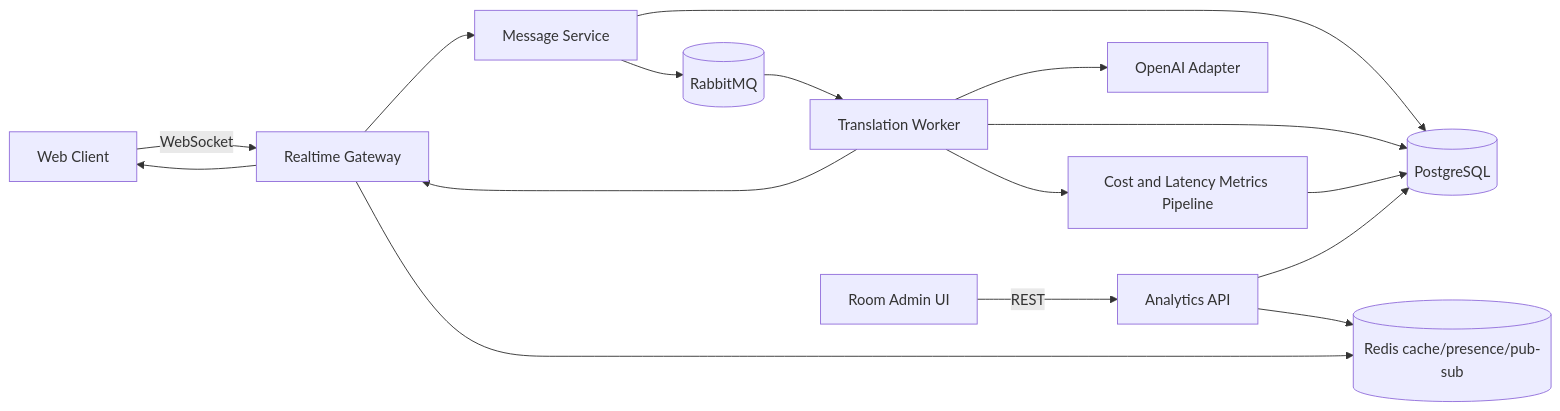
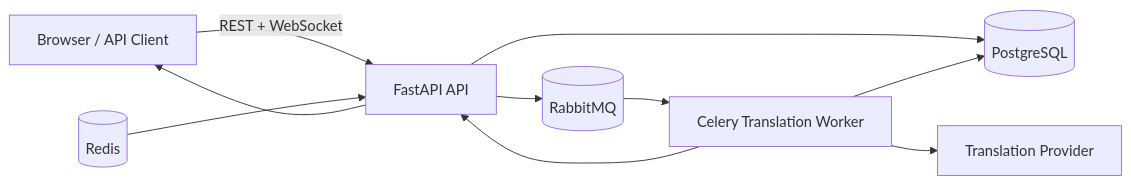
Before and after one commit to dohtem81/prism: the diagram in docs/architecture-overview.md, drawn with Mermaid. The commit also changed other lines of this file and 10 other files, not shown here.

Commit message:
feat: implement room message retrieval with translation support and cursor-based pagination

````diff
--- a/docs/architecture-overview.md
+++ b/docs/architecture-overview.md
@@ -13,18 +13,12 @@
 ```mermaid
 flowchart LR
-  Client[Web Client] -->|WebSocket| Gateway[Realtime Gateway]
-  AdminUI[Room Admin UI] -->|REST| AnalyticsAPI[Analytics API]
-  Gateway --> MessageService[Message Service]
-  MessageService --> Postgres[(PostgreSQL)]
-  MessageService --> RabbitMQ[(RabbitMQ)]
-  RabbitMQ --> Worker[Translation Worker]
-  Worker --> LLM[OpenAI Adapter]
+  Client[Browser / API Client] -->|REST + WebSocket| API[FastAPI API]
+  API --> Postgres[(PostgreSQL)]
+  API --> RabbitMQ[(RabbitMQ)]
+  RabbitMQ --> Worker[Celery Translation Worker]
+  Worker --> LLM[Translation Provider]
   Worker --> Postgres
-  Worker --> MetricsPipe[Cost and Latency Metrics Pipeline]
-  MetricsPipe --> Postgres
-  AnalyticsAPI --> Postgres
-  AnalyticsAPI --> Redis
-  Worker --> Gateway
-  Gateway --> Client
-  Gateway --> Redis[(Redis cache/presence/pub-sub)]
+  Worker --> API
+  API --> Client
+  Redis[(Redis)] --> API
 ```
````
